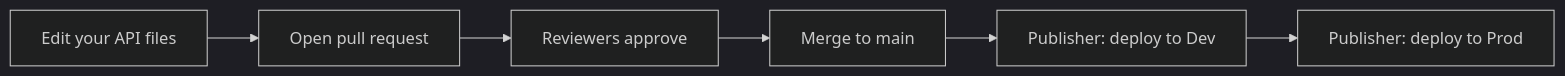
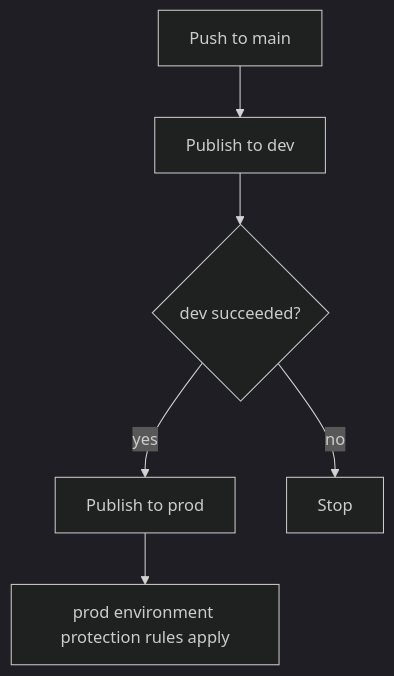
The second of 2 diagrams in readme.md (hariramstr/apiops-infy-poc), drawn with Mermaid (dark theme) before and after one commit. The commit also changed other lines of this file, not shown here.

Commit message:
Enhance README for clarity and structure, including detailed sections on repository layout, APIOps artifact model, environment configuration, and common tasks. Update links and improve overall readability.

````diff
--- a/readme.md
+++ b/readme.md
@@ -39,8 +493,8 @@
 ```mermaid
-flowchart LR
-  A[Edit your API files] --> B[Open pull request]
-  B --> R[Reviewers approve]
-  R --> C[Merge to main]
-  C --> D[Publisher: deploy to Dev]
-  D --> E[Publisher: deploy to Prod]
+flowchart TD
+    A[Push to main] --> B[Publish to dev]
+    B --> C{dev succeeded?}
+    C -->|yes| D[Publish to prod]
+    C -->|no| E[Stop]
+    D --> F[prod environment protection rules apply]
 ```
````
